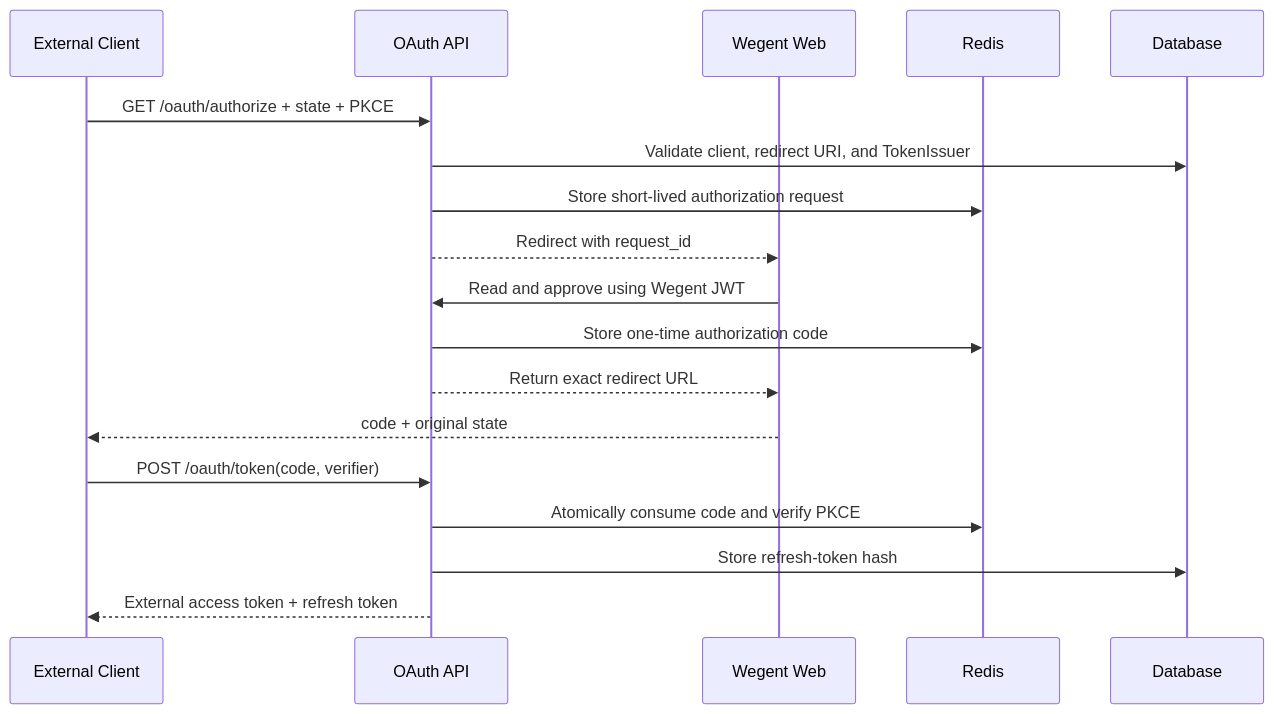
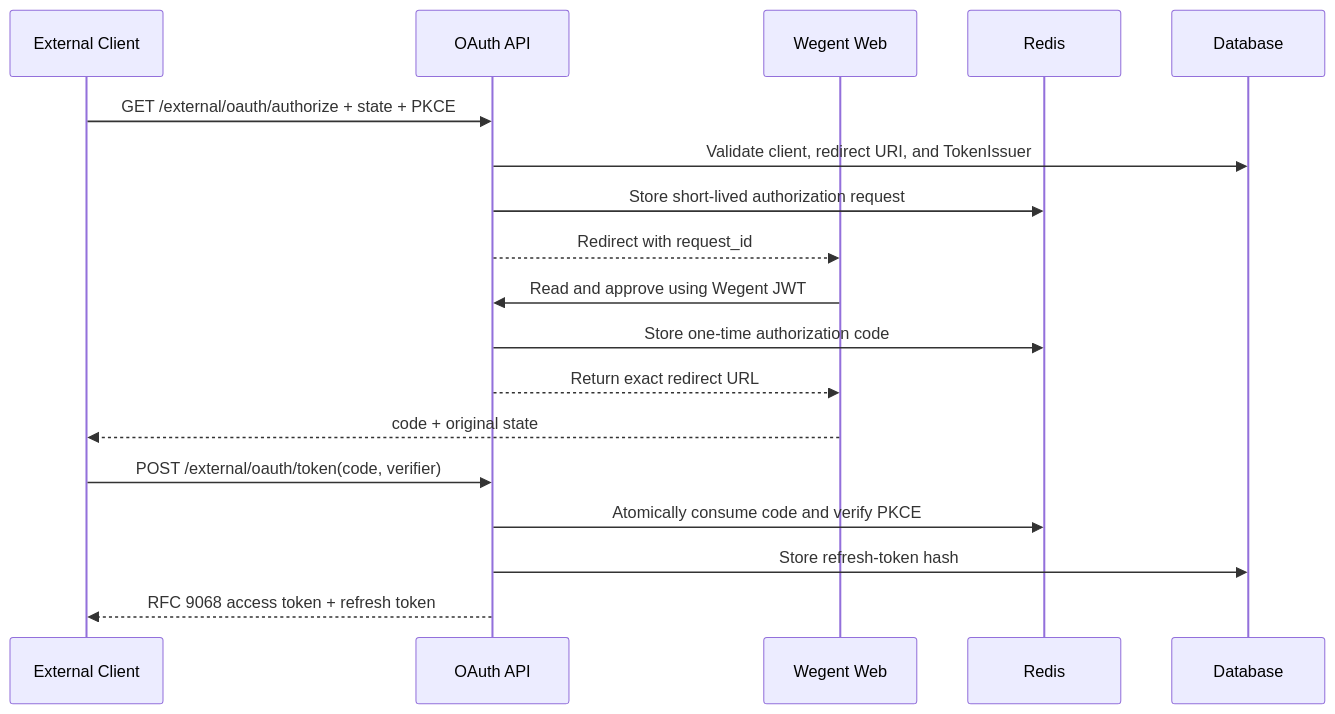
Before and after one commit to wecode-ai/Wegent: the third of 4 diagrams in docs/en/architecture/external-oauth-provider.md, drawn with Mermaid. The commit also changed other lines of this file and 29 other files, not shown here.

Commit message:
refactor(auth): simplify external oauth client management

````diff
--- a/docs/en/architecture/external-oauth-provider.md
+++ b/docs/en/architecture/external-oauth-provider.md
@@ -32,21 +62,21 @@
 ```mermaid
 sequenceDiagram
     participant C as External Client
     participant O as OAuth API
     participant W as Wegent Web
     participant R as Redis
     participant D as Database
 
-    C->>O: GET /oauth/authorize + state + PKCE
+    C->>O: GET /external/oauth/authorize + state + PKCE
     O->>D: Validate client, redirect URI, and TokenIssuer
     O->>R: Store short-lived authorization request
     O-->>W: Redirect with request_id
     W->>O: Read and approve using Wegent JWT
     O->>R: Store one-time authorization code
     O-->>W: Return exact redirect URL
     W-->>C: code + original state
-    C->>O: POST /oauth/token(code, verifier)
+    C->>O: POST /external/oauth/token(code, verifier)
     O->>R: Atomically consume code and verify PKCE
     O->>D: Store refresh-token hash
-    O-->>C: External access token + refresh token
+    O-->>C: RFC 9068 access token + refresh token
 ```
````
